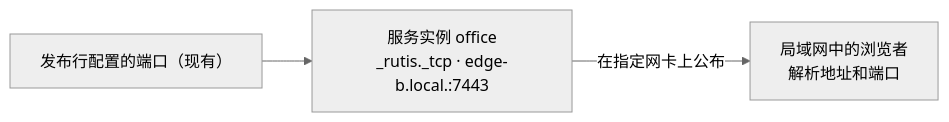
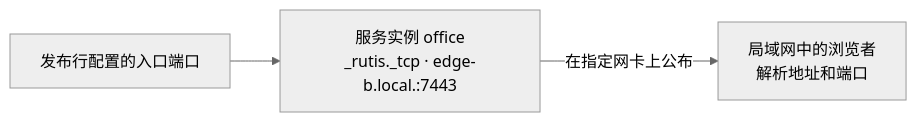
Before and after one commit to arcships/rutis-network: the second of 2 diagrams in discovery/mdns/README.zh-CN.md, drawn with Mermaid (neutral theme). The commit also changed other lines of this file and 28 other files, not shown here.

````diff
--- a/discovery/mdns/README.zh-CN.md
+++ b/discovery/mdns/README.zh-CN.md
@@ -11,5 +52,5 @@
 ```mermaid
 flowchart LR
-    config["发布行配置的端口（现有）"] --> ad["服务实例 office<br/>_rutis._tcp · edge-b.local.:7443"]
+    config["发布行配置的入口端口"] --> ad["服务实例 office<br/>_rutis._tcp · edge-b.local.:7443"]
     ad -->|"在指定网卡上公布"| peer["局域网中的浏览者<br/>解析地址和端口"]
 ```
````
